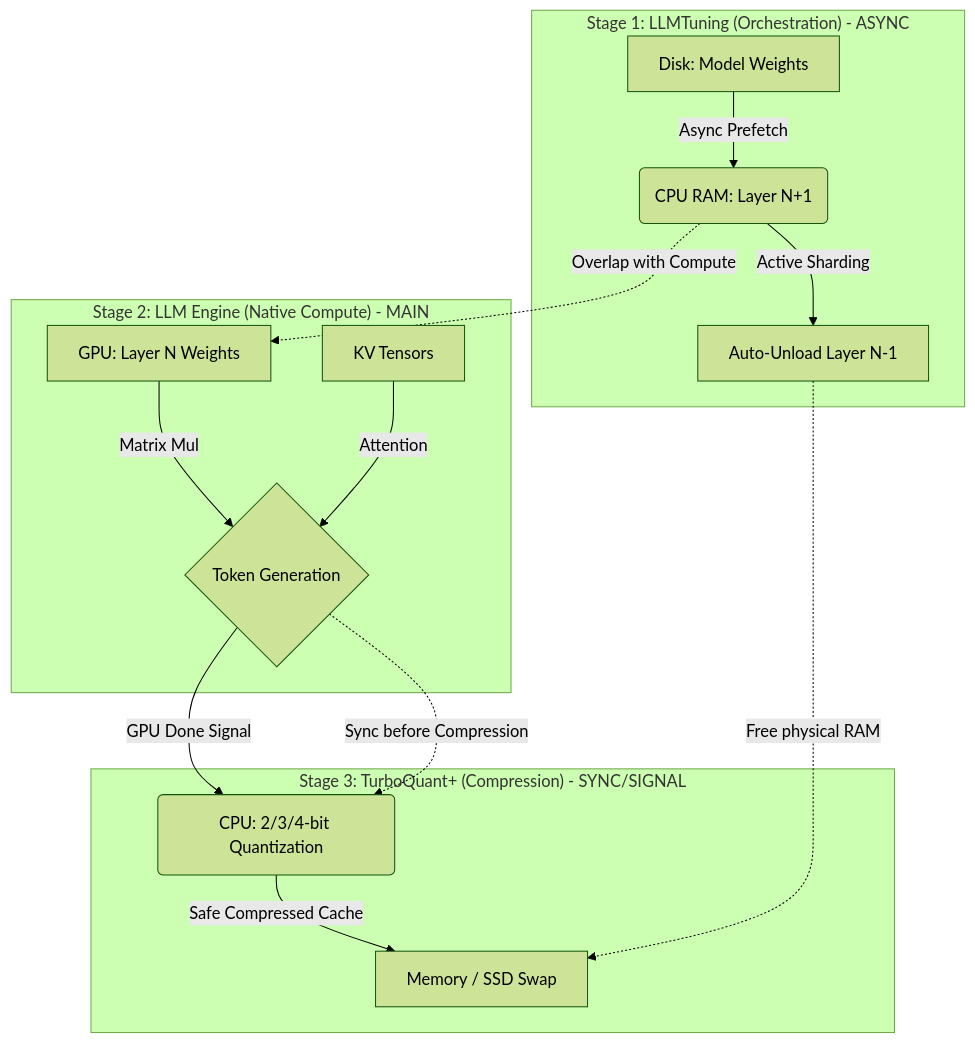
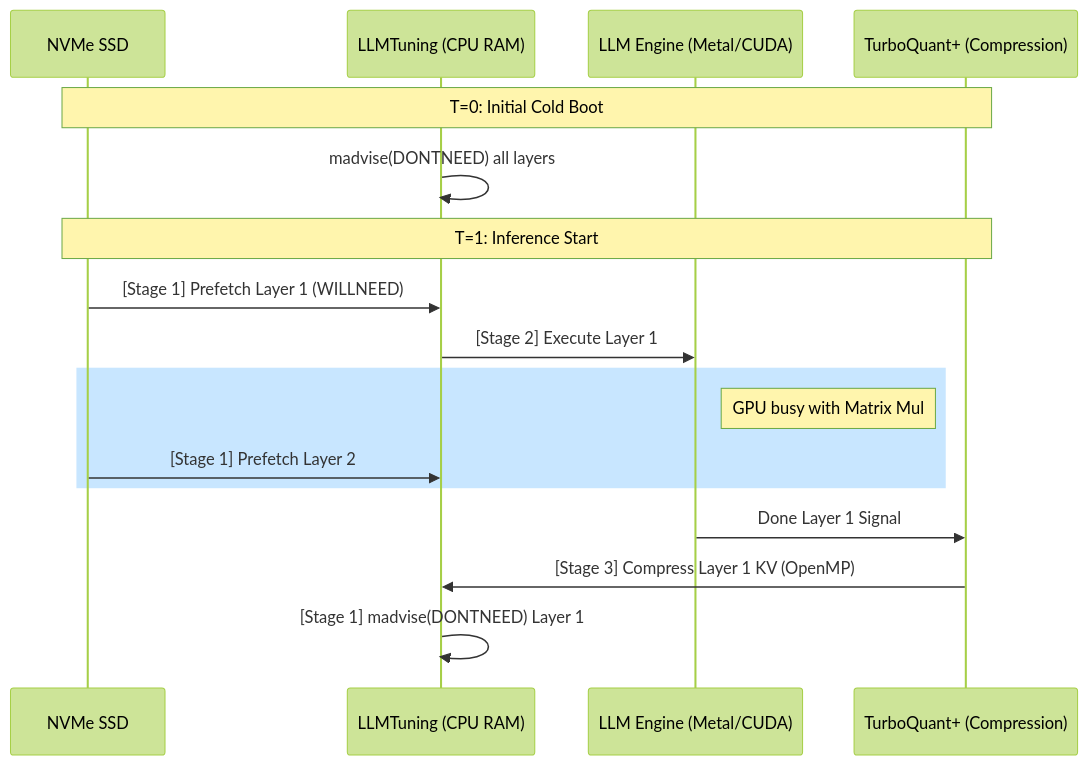
Before and after one commit to alicangnll/turboquant_plus: the diagram in MAP.md, drawn with Mermaid (forest theme). The commit also changed other lines of this file and 3 other files, not shown here.

````diff
--- a/MAP.md
+++ b/MAP.md
@@ -9,21 +11,21 @@
 ```mermaid
-graph TD
-    subgraph "Stage 1: LLMTuning (Orchestration) - ASYNC"
-        A[Disk: Model Weights] -->|Async Prefetch| B(CPU RAM: Layer N+1)
-        B -->|Active Sharding| H[Auto-Unload Layer N-1]
+sequenceDiagram
+    participant SSD as NVMe SSD
+    participant CPU as LLMTuning (CPU RAM)
+    participant GPU as LLM Engine (Metal/CUDA)
+    participant TQ as TurboQuant+ (Compression)
+
+    Note over SSD, TQ: T=0: Initial Cold Boot
+    CPU->>CPU: madvise(DONTNEED) all layers
+    
+    Note over SSD, TQ: T=1: Inference Start
+    SSD->>CPU: [Stage 1] Prefetch Layer 1 (WILLNEED)
+    CPU->>GPU: [Stage 2] Execute Layer 1
+    rect rgb(200, 230, 255)
+        Note right of GPU: GPU busy with Matrix Mul
+        SSD->>CPU: [Stage 1] Prefetch Layer 2
     end
-
-    subgraph "Stage 2: LLM Engine (Native Compute) - MAIN"
-        C[GPU: Layer N Weights] -->|Matrix Mul| D{Token Generation}
-        E[KV Tensors] -->|Attention| D
-    end
-
-    subgraph "Stage 3: TurboQuant+ (Compression) - SYNC/SIGNAL"
-        D -->|GPU Done Signal| F(CPU: 2/3/4-bit Quantization)
-        F -->|Safe Compressed Cache| G[Memory / SSD Swap]
-    end
-
-    B -.->|Overlap with Compute| C
-    D -.->|Sync before Compression| F
-    H -.->|Free physical RAM| G
+    GPU->>TQ: Done Layer 1 Signal
+    TQ->>CPU: [Stage 3] Compress Layer 1 KV (OpenMP)
+    CPU->>CPU: [Stage 1] madvise(DONTNEED) Layer 1
 ```
````
